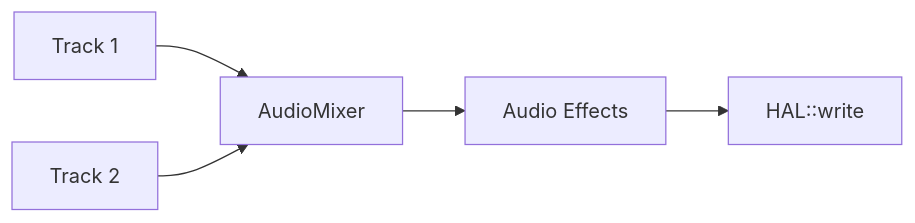
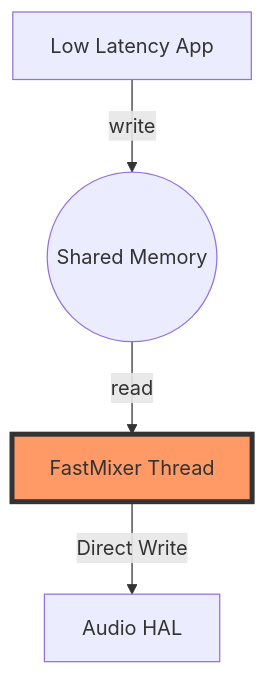
One commit to yanglinzhen1022/awesome-audio-knowledge changed the diagram in 04-Android-Audio-Stack/04-AudioFlinger/README.md. Above: the diagram before and after it, drawn with Mermaid. The commit also changed other lines of this file and 5 other files, not shown here.

Commit message:
docs: significantly deepen Android Audio Stack module with code-level details and architectural insights

````diff
--- a/04-Android-Audio-Stack/04-AudioFlinger/README.md
+++ b/04-Android-Audio-Stack/04-AudioFlinger/README.md
@@ -51,7 +64,8 @@
 ```mermaid
-graph LR
-    Track1[Track 1] --> Mixer
-    Track2[Track 2] --> Mixer
-    Mixer[AudioMixer] --> Effects[Audio Effects]
-    Effects --> HAL_Write[HAL::write]
+graph TD
+    App[Low Latency App] -- write --> SM((Shared Memory))
+    SM -- read --> FM[FastMixer Thread]
+    FM -- Direct Write --> HAL[Audio HAL]
+    
+    style FM fill:#f96,stroke:#333,stroke-width:4px
 ```
````
